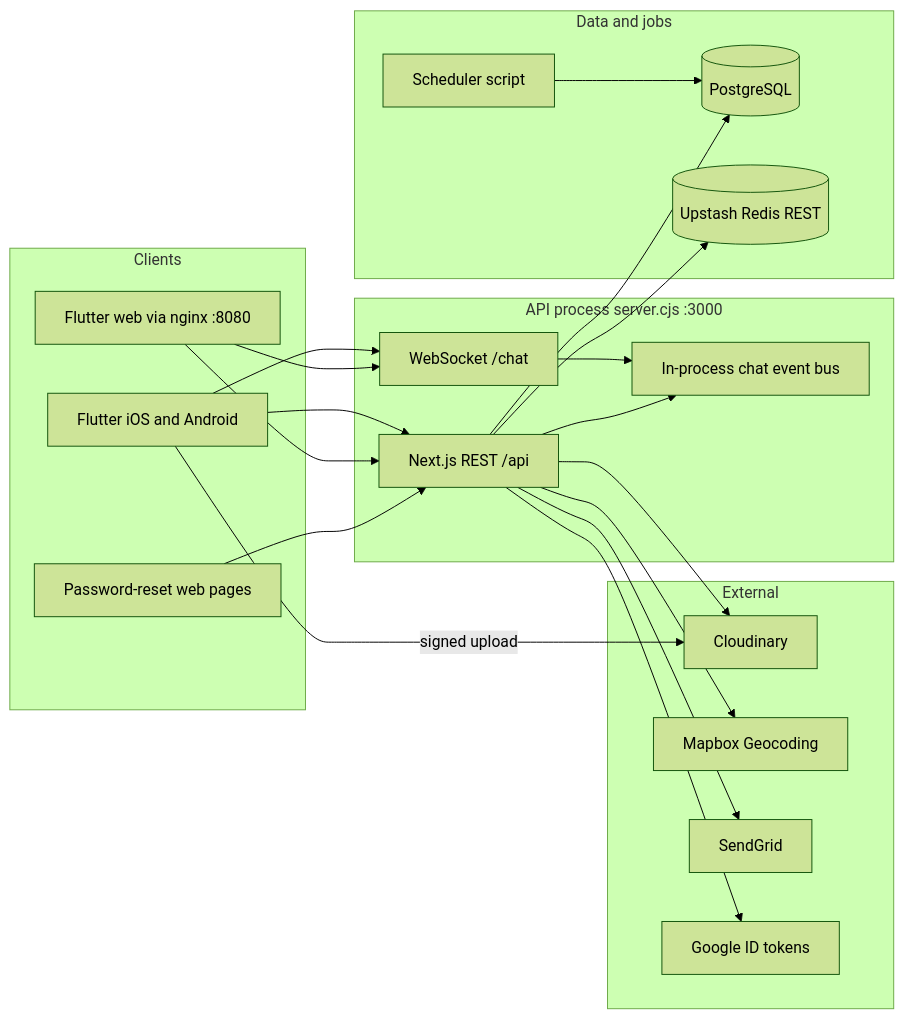
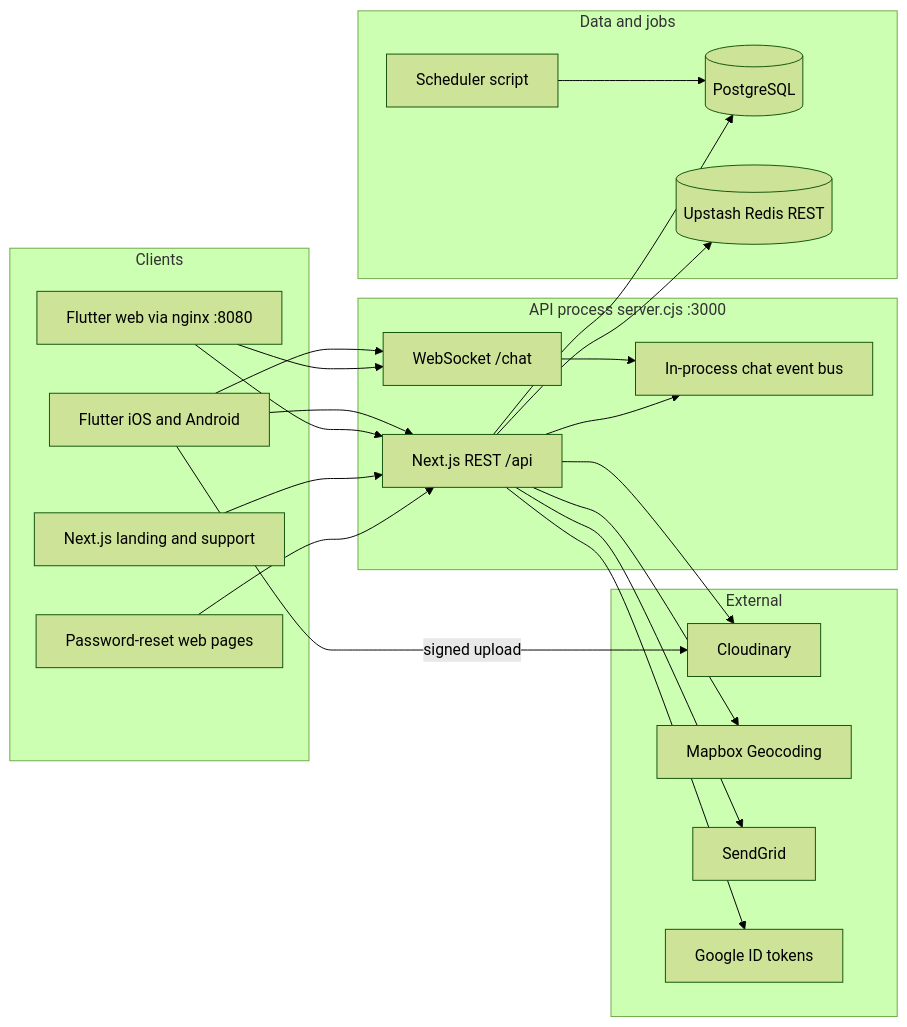
Before and after one commit to bagariaraj23/Trav-Flut: the first of 2 diagrams in documentations/technical/00-system-overview.md, drawn with Mermaid (forest theme). The commit also changed other lines of this file and 10 other files, not shown here.

First line of the commit message:
Document the landing page and support contact in the handbook.

````diff
--- a/documentations/technical/00-system-overview.md
+++ b/documentations/technical/00-system-overview.md
@@ -5,43 +5,45 @@
 ```mermaid
 flowchart LR
   subgraph clients [Clients]
     Phone["Flutter iOS and Android"]
     WebUI["Flutter web via nginx :8080"]
+    Landing["Next.js landing and support"]
     Browser["Password-reset web pages"]
   end
 
   subgraph apiProc [API process server.cjs :3000]
     Next["Next.js REST /api"]
     WS["WebSocket /chat"]
     Bus["In-process chat event bus"]
   end
 
   subgraph data [Data and jobs]
     PG[("PostgreSQL")]
     Redis[("Upstash Redis REST")]
     Sched["Scheduler script"]
   end
 
   subgraph external [External]
     Cloudinary["Cloudinary"]
     Mapbox["Mapbox Geocoding"]
     SendGrid["SendGrid"]
     Google["Google ID tokens"]
   end
 
   Phone --> Next
   Phone --> WS
   WebUI --> Next
   WebUI --> WS
+  Landing --> Next
   Browser --> Next
   Next --> PG
   Next --> Redis
   Next --> Cloudinary
   Next --> Mapbox
   Next --> SendGrid
   Next --> Google
   WS --> Bus
   Next --> Bus
   Sched --> PG
   Phone -->|"signed upload"| Cloudinary
 ```
````
